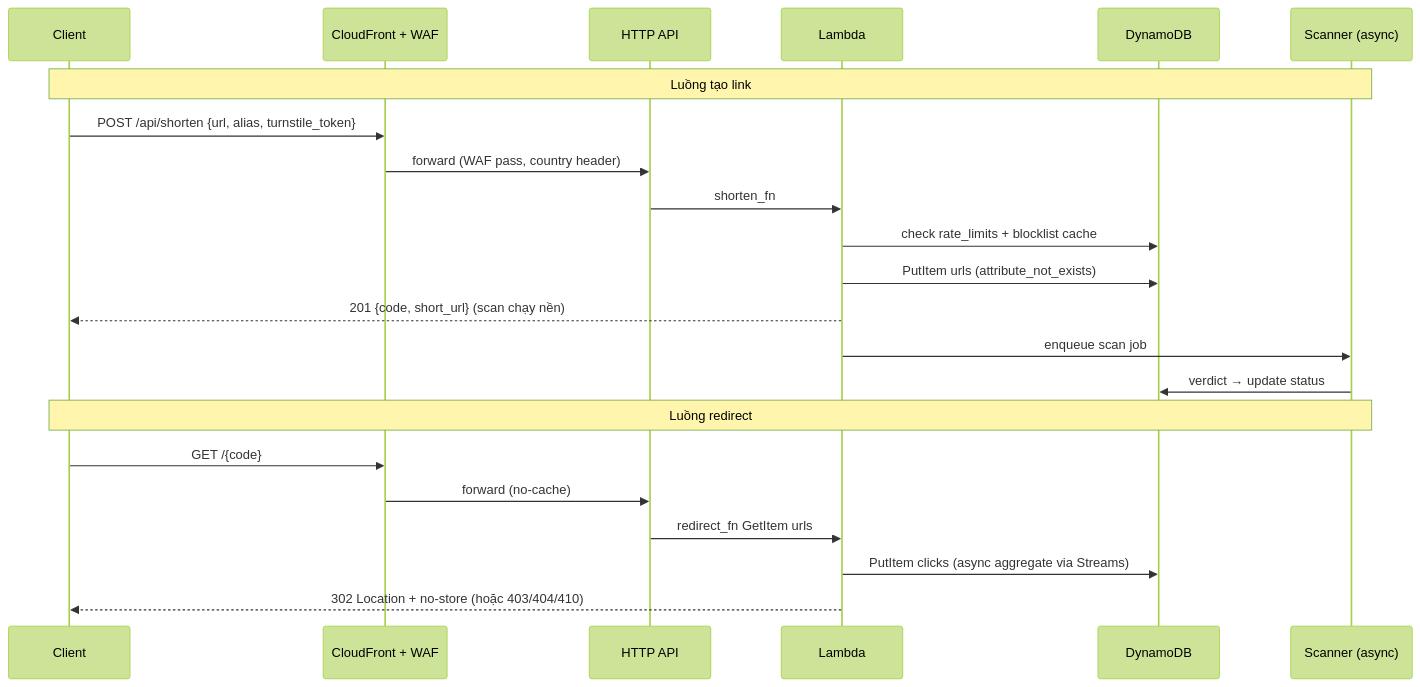
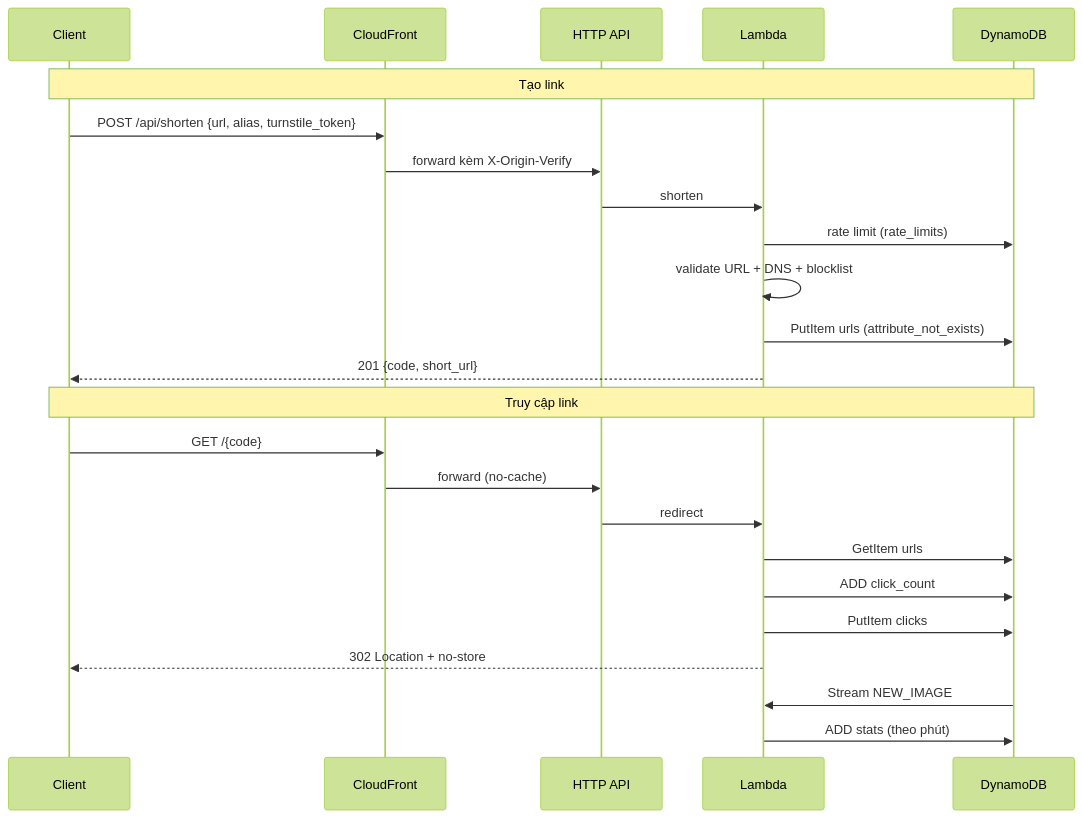
One commit to uyen1103/smart-url-serverless-aws changed the second of 2 diagrams in docs/architecture.md. Above: the diagram before and after it, drawn with Mermaid (forest theme). The commit also changed other lines of this file and 5 other files, not shown here.

First line of the commit message:
docs: viết README gốc và sửa tài liệu theo code thật

````diff
--- a/docs/architecture.md
+++ b/docs/architecture.md
@@ -104,24 +110,28 @@
 ```mermaid
 sequenceDiagram
     participant C as Client
-    participant CF as CloudFront + WAF
+    participant CF as CloudFront
     participant API as HTTP API
     participant L as Lambda
     participant DB as DynamoDB
-    participant S as Scanner (async)
-    Note over C,S: Luồng tạo link
+
+    Note over C,DB: Tạo link
     C->>CF: POST /api/shorten {url, alias, turnstile_token}
-    CF->>API: forward (WAF pass, country header)
-    API->>L: shorten_fn
-    L->>DB: check rate_limits + blocklist cache
+    CF->>API: forward kèm X-Origin-Verify
+    API->>L: shorten
+    L->>DB: rate limit (rate_limits)
+    L->>L: validate URL + DNS + blocklist
     L->>DB: PutItem urls (attribute_not_exists)
-    L-->>C: 201 {code, short_url} (scan chạy nền)
-    L->>S: enqueue scan job
-    S->>DB: verdict → update status
-    Note over C,S: Luồng redirect
+    L-->>C: 201 {code, short_url}
+
+    Note over C,DB: Truy cập link
     C->>CF: GET /{code}
     CF->>API: forward (no-cache)
-    API->>L: redirect_fn GetItem urls
-    L->>DB: PutItem clicks (async aggregate via Streams)
-    L-->>C: 302 Location + no-store (hoặc 403/404/410)
+    API->>L: redirect
+    L->>DB: GetItem urls
+    L->>DB: ADD click_count
+    L->>DB: PutItem clicks
+    L-->>C: 302 Location + no-store
+    DB->>L: Stream NEW_IMAGE
+    L->>DB: ADD stats (theo phút)
 ```
````
